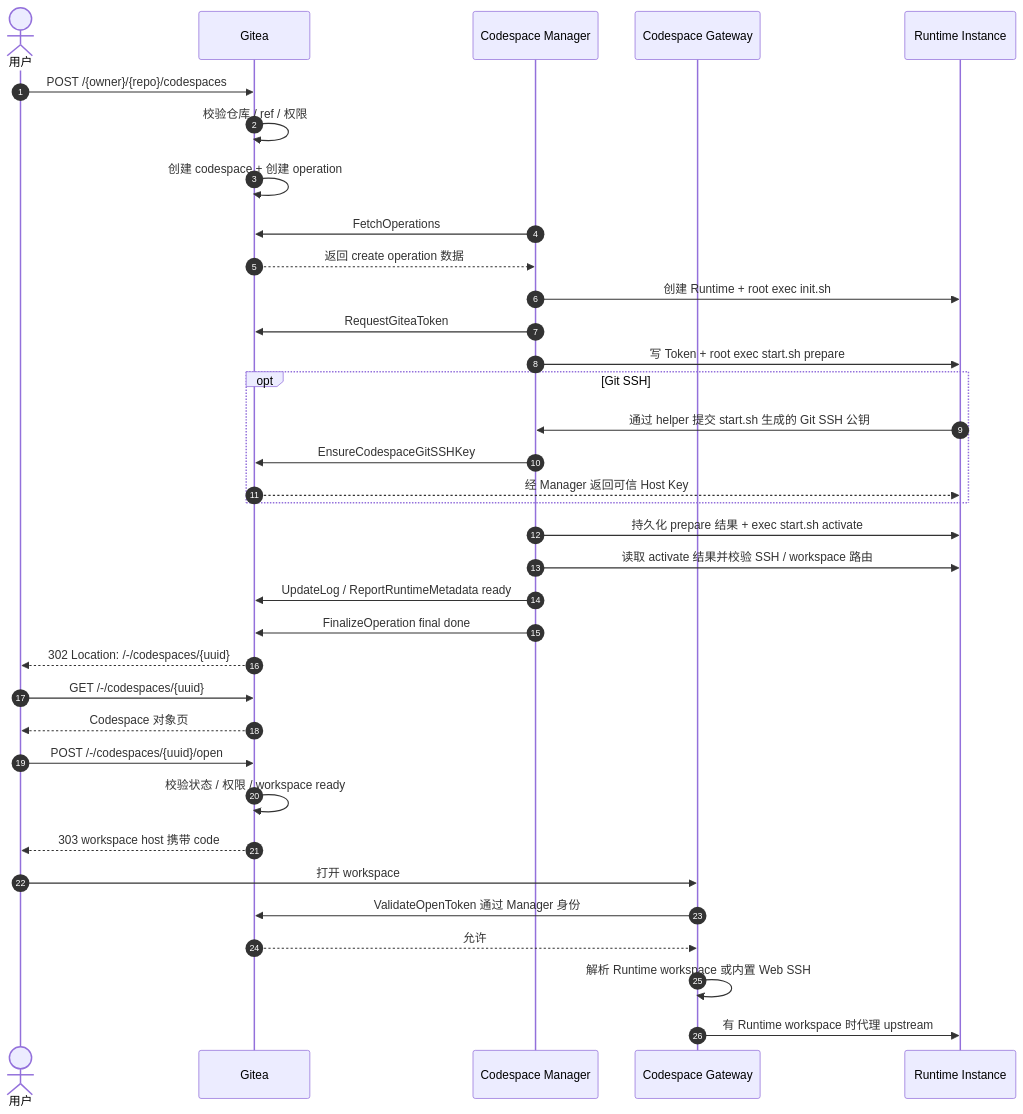
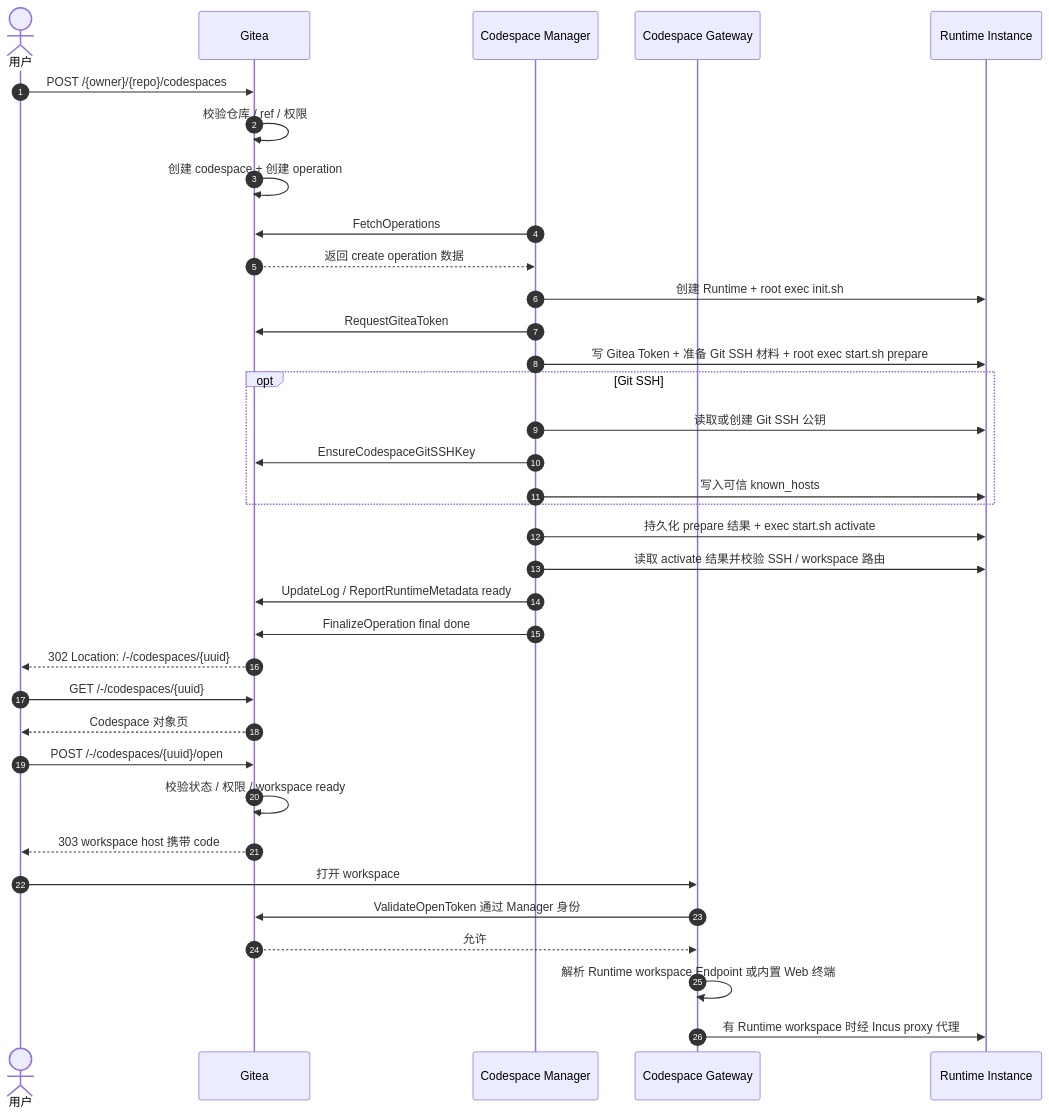
Before and after one commit to ExplodingDragon/gitea-dev: the second of 2 diagrams in src/README.md, drawn with Mermaid. The commit also changed other lines of this file and 10 other files, not shown here.

````diff
--- a/src/README.md
+++ b/src/README.md
@@ -91,39 +90,39 @@
 ```mermaid
 sequenceDiagram
     autonumber
     actor User as 用户
     participant Gitea
     participant Manager as Codespace Manager
     participant Gateway as Codespace Gateway
     participant Runtime as Runtime Instance
 
     User->>Gitea: POST /{owner}/{repo}/codespaces
     Gitea->>Gitea: 校验仓库 / ref / 权限
     Gitea->>Gitea: 创建 codespace + 创建 operation
     Manager->>Gitea: FetchOperations
     Gitea-->>Manager: 返回 create operation 数据
     Manager->>Runtime: 创建 Runtime + root exec init.sh
     Manager->>Gitea: RequestGiteaToken
-    Manager->>Runtime: 写 Token + root exec start.sh prepare
+    Manager->>Runtime: 写 Gitea Token + 准备 Git SSH 材料 + root exec start.sh prepare
     opt Git SSH
-        Runtime->>Manager: 通过 helper 提交 start.sh 生成的 Git SSH 公钥
+        Manager->>Runtime: 读取或创建 Git SSH 公钥
         Manager->>Gitea: EnsureCodespaceGitSSHKey
-        Gitea-->>Runtime: 经 Manager 返回可信 Host Key
+        Manager->>Runtime: 写入可信 known_hosts
     end
     Manager->>Runtime: 持久化 prepare 结果 + exec start.sh activate
     Manager->>Runtime: 读取 activate 结果并校验 SSH / workspace 路由
     Manager->>Gitea: UpdateLog / ReportRuntimeMetadata ready
     Manager->>Gitea: FinalizeOperation final done
     Gitea-->>User: 302 Location: /-/codespaces/{uuid}
     User->>Gitea: GET /-/codespaces/{uuid}
     Gitea-->>User: Codespace 对象页
 
     User->>Gitea: POST /-/codespaces/{uuid}/open
     Gitea->>Gitea: 校验状态 / 权限 / workspace ready
     Gitea-->>User: 303 workspace host 携带 code
     User->>Gateway: 打开 workspace
     Gateway->>Gitea: ValidateOpenToken 通过 Manager 身份
     Gitea-->>Gateway: 允许
-    Gateway->>Gateway: 解析 Runtime workspace 或内置 Web SSH
-    Gateway->>Runtime: 有 Runtime workspace 时代理 upstream
+    Gateway->>Gateway: 解析 Runtime workspace Endpoint 或内置 Web 终端
+    Gateway->>Runtime: 有 Runtime workspace 时经 Incus proxy 代理
 ```
````
